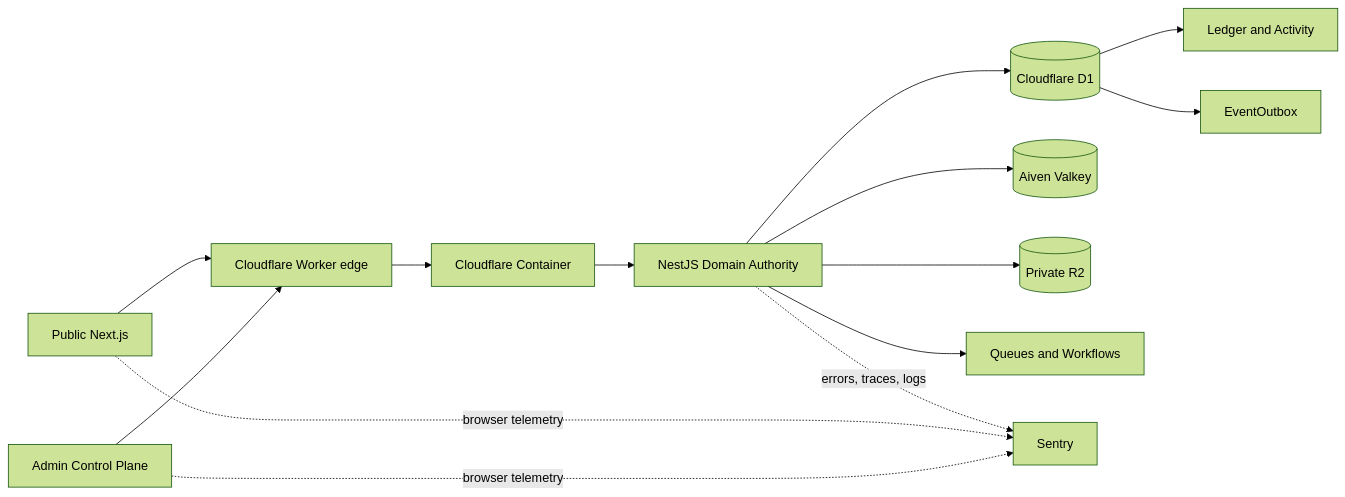
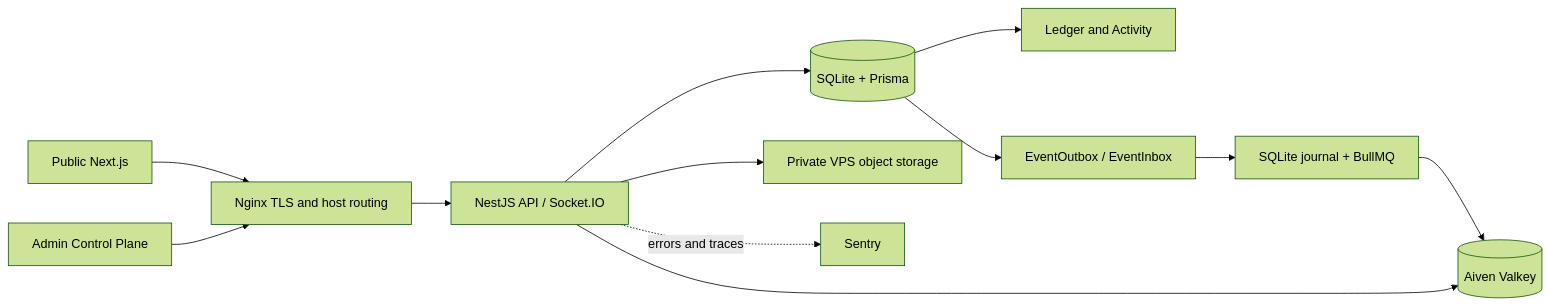
Before and after one commit to Mellonelay/Nexi: the first of 5 diagrams in docs/architecture/NEXI_ARCHITECTURE_DIAGRAMS.md, drawn with Mermaid (forest theme). The commit also changed other lines of this file and 102 other files, not shown here.

Commit message:
feat: integrate VPS SQLite backend migration

````diff
--- a/docs/architecture/NEXI_ARCHITECTURE_DIAGRAMS.md
+++ b/docs/architecture/NEXI_ARCHITECTURE_DIAGRAMS.md
@@ -7,16 +7,14 @@
 ```mermaid
 flowchart LR
-  U["Public Next.js"] --> E["Cloudflare Worker edge"]
-  A["Admin Control Plane"] --> E
-  E --> C["Cloudflare Container"]
-  C --> N["NestJS Domain Authority"]
-  N --> D[("Cloudflare D1")]
-  N --> V[("Aiven Valkey")]
-  N --> R[("Private R2")]
-  N --> Q["Queues and Workflows"]
-  D --> L["Ledger and Activity"]
-  D --> O["EventOutbox"]
-  N -. "errors, traces, logs" .-> S["Sentry"]
-  U -. "browser telemetry" .-> S
-  A -. "browser telemetry" .-> S
+  U["Public Next.js"] --> N["Nginx TLS and host routing"]
+  A["Admin Control Plane"] --> N
+  N --> API["NestJS API / Socket.IO"]
+  API --> DB[("SQLite + Prisma")]
+  DB --> L["Ledger and Activity"]
+  DB --> O["EventOutbox / EventInbox"]
+  O --> Q["SQLite journal + BullMQ"]
+  Q --> V[("Aiven Valkey")]
+  API --> V
+  API --> R["Private VPS object storage"]
+  API -. "errors and traces" .-> S["Sentry"]
 ```
````
